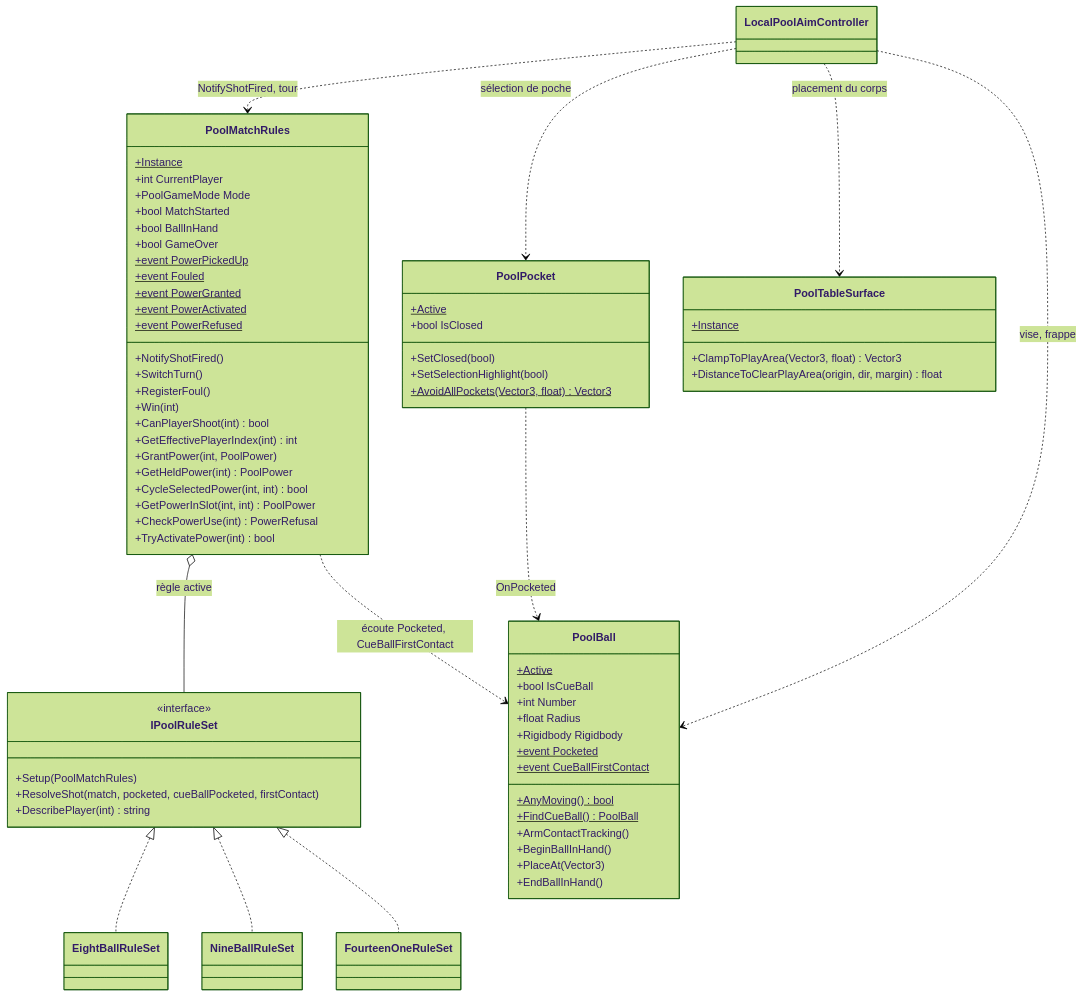
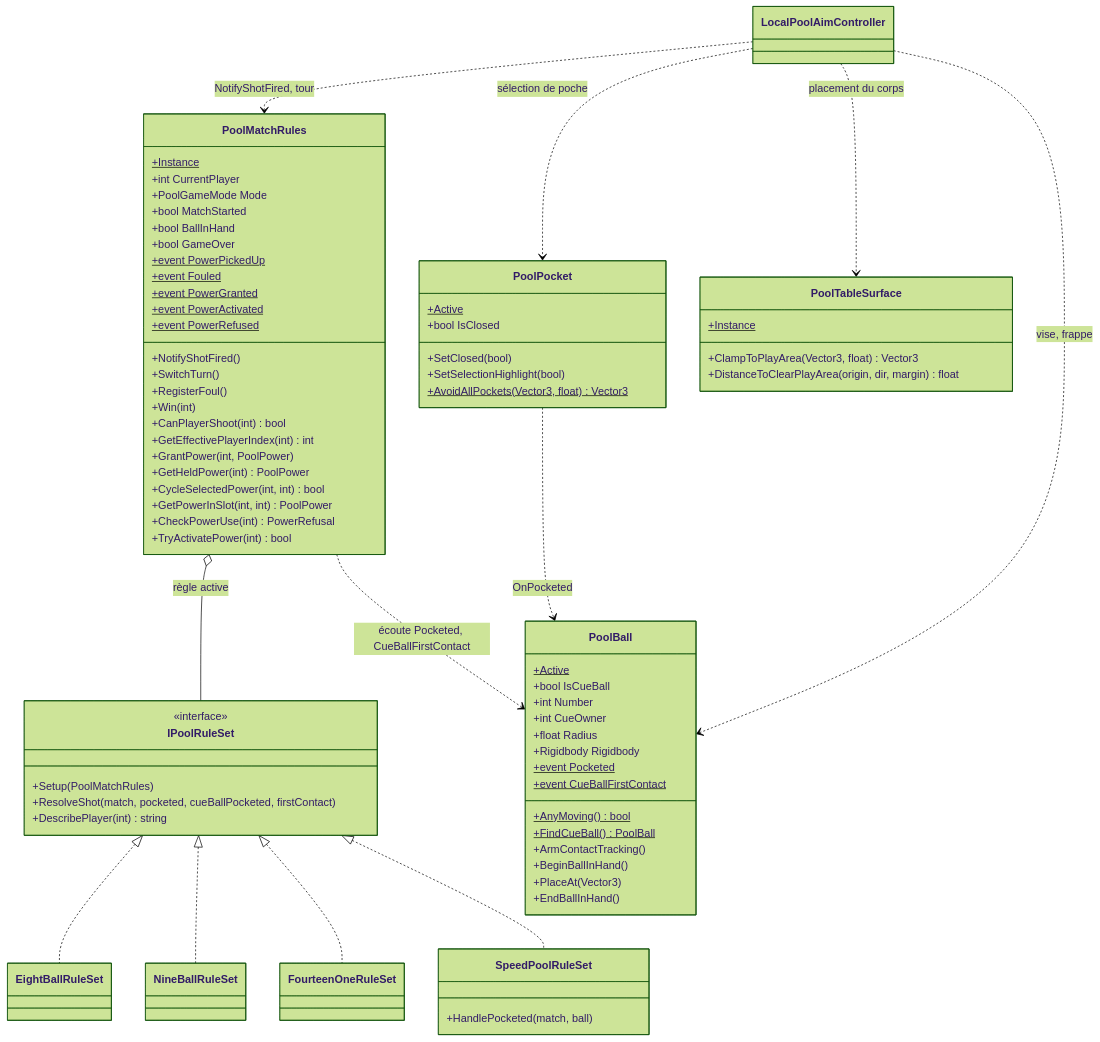
One commit to FlackyBoy/UntitledPoolgame changed the third of 4 diagrams in docs/content/tech/architecture.md. Above: the diagram before and after it, drawn with Mermaid (forest theme). The commit also changed other lines of this file and 30 other files, not shown here.

First line of the commit message:
Ajoute le prototype Speed Pool

````diff
--- a/docs/content/tech/architecture.md
+++ b/docs/content/tech/architecture.md
@@ -247,77 +247,82 @@
 ```mermaid
 classDiagram
   direction TB
   class PoolMatchRules {
     +Instance$
     +int CurrentPlayer
     +PoolGameMode Mode
     +bool MatchStarted
     +bool BallInHand
     +bool GameOver
     +NotifyShotFired()
     +SwitchTurn()
     +RegisterFoul()
     +Win(int)
     +CanPlayerShoot(int) bool
     +GetEffectivePlayerIndex(int) int
     +GrantPower(int, PoolPower)
     +GetHeldPower(int) PoolPower
     +CycleSelectedPower(int, int) bool
     +GetPowerInSlot(int, int) PoolPower
     +event PowerPickedUp$
     +CheckPowerUse(int) PowerRefusal
     +TryActivatePower(int) bool
     +event Fouled$
     +event PowerGranted$
     +event PowerActivated$
     +event PowerRefused$
   }
   class IPoolRuleSet {
     <<interface>>
     +Setup(PoolMatchRules)
     +ResolveShot(match, pocketed, cueBallPocketed, firstContact)
     +DescribePlayer(int) string
   }
   class EightBallRuleSet
   class NineBallRuleSet
   class FourteenOneRuleSet
+  class SpeedPoolRuleSet {
+    +HandlePocketed(match, ball)
+  }
   class PoolBall {
     +Active$
     +bool IsCueBall
     +int Number
+    +int CueOwner
     +float Radius
     +Rigidbody Rigidbody
     +AnyMoving()$ bool
     +FindCueBall()$ PoolBall
     +ArmContactTracking()
     +BeginBallInHand()
     +PlaceAt(Vector3)
     +EndBallInHand()
     +event Pocketed$
     +event CueBallFirstContact$
   }
   class PoolPocket {
     +Active$
     +bool IsClosed
     +SetClosed(bool)
     +SetSelectionHighlight(bool)
     +AvoidAllPockets(Vector3, float)$ Vector3
   }
   class PoolTableSurface {
     +Instance$
     +ClampToPlayArea(Vector3, float) Vector3
     +DistanceToClearPlayArea(origin, dir, margin) float
   }
   class LocalPoolAimController
 
   IPoolRuleSet <|.. EightBallRuleSet
   IPoolRuleSet <|.. NineBallRuleSet
   IPoolRuleSet <|.. FourteenOneRuleSet
+  IPoolRuleSet <|.. SpeedPoolRuleSet
   PoolMatchRules o-- IPoolRuleSet : règle active
   PoolMatchRules ..> PoolBall : écoute Pocketed, CueBallFirstContact
   PoolPocket ..> PoolBall : OnPocketed
   LocalPoolAimController ..> PoolBall : vise, frappe
   LocalPoolAimController ..> PoolMatchRules : NotifyShotFired, tour
   LocalPoolAimController ..> PoolTableSurface : placement du corps
   LocalPoolAimController ..> PoolPocket : sélection de poche
 ```
````
